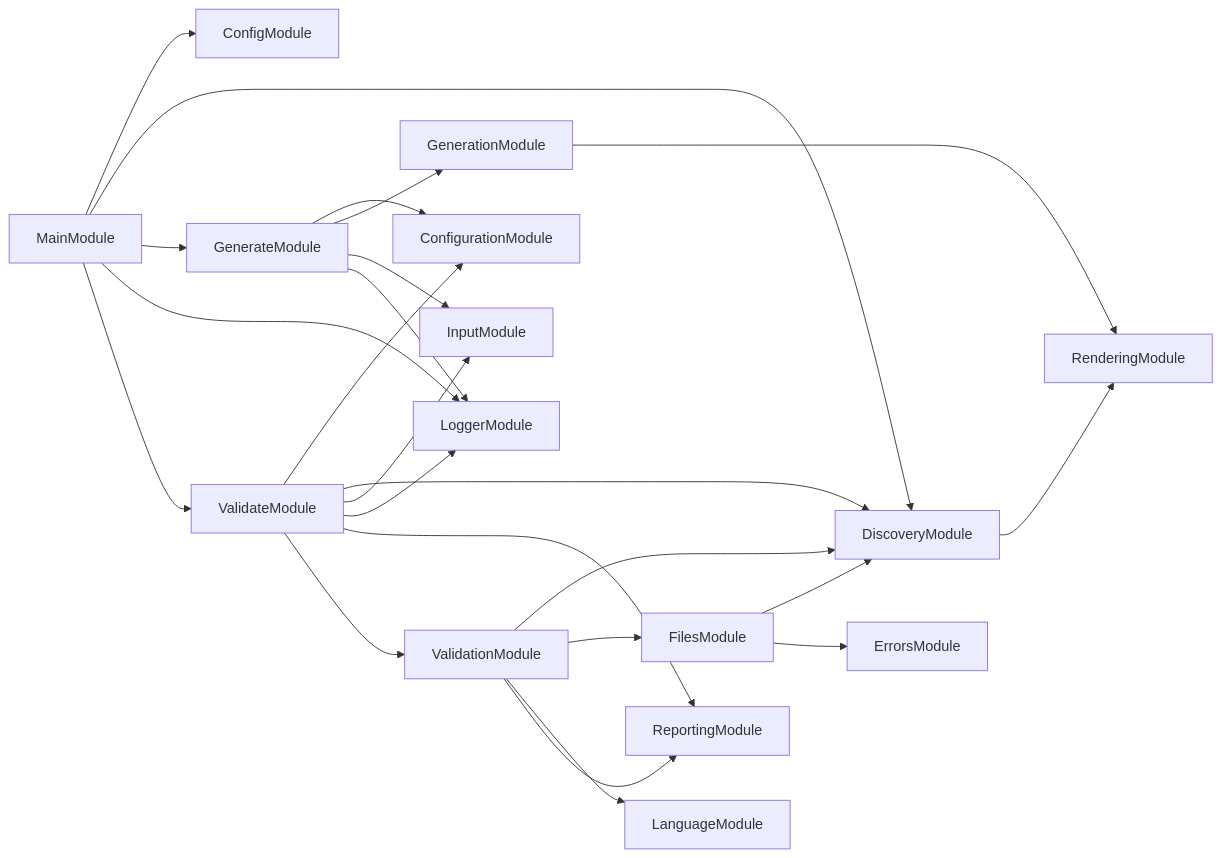
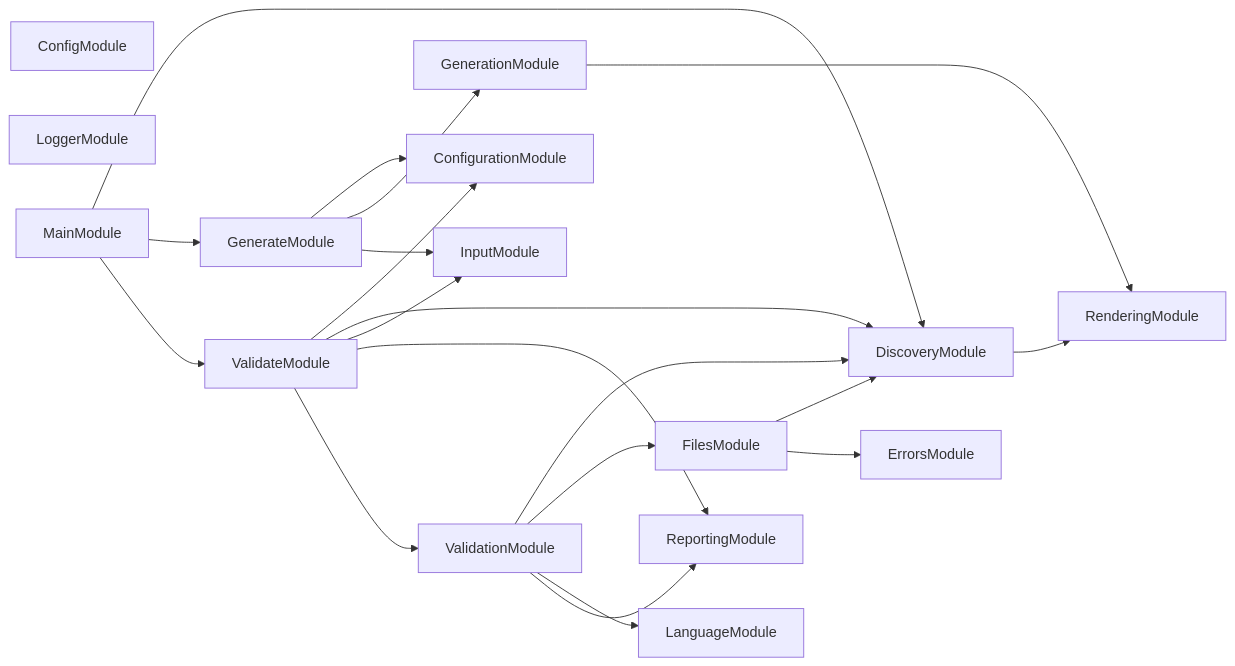
The diagram in packages/conformetry-cli/AGENTS.md (JimmyPaolini/codebase), drawn with Mermaid before and after one commit. The commit also changed other lines of this file and 68 other files, not shown here.

Commit message:
feat(synchronization): ✨ graph every nestjs project through spelunker preview mode

````diff
--- a/packages/conformetry-cli/AGENTS.md
+++ b/packages/conformetry-cli/AGENTS.md
@@ -58,26 +58,24 @@
 ```mermaid
 flowchart LR
+  ConfigModule
+  LoggerModule
   DiscoveryModule --> RenderingModule
   FilesModule --> DiscoveryModule
   FilesModule --> ErrorsModule
   GenerateModule --> ConfigurationModule
   GenerateModule --> GenerationModule
   GenerateModule --> InputModule
-  GenerateModule --> LoggerModule
   GenerationModule --> RenderingModule
-  MainModule --> ConfigModule
   MainModule --> DiscoveryModule
   MainModule --> GenerateModule
-  MainModule --> LoggerModule
   MainModule --> ValidateModule
   ValidateModule --> ConfigurationModule
   ValidateModule --> DiscoveryModule
   ValidateModule --> InputModule
-  ValidateModule --> LoggerModule
   ValidateModule --> ReportingModule
   ValidateModule --> ValidationModule
   ValidationModule --> DiscoveryModule
   ValidationModule --> FilesModule
   ValidationModule --> LanguageModule
   ValidationModule --> ReportingModule
 ```
````
